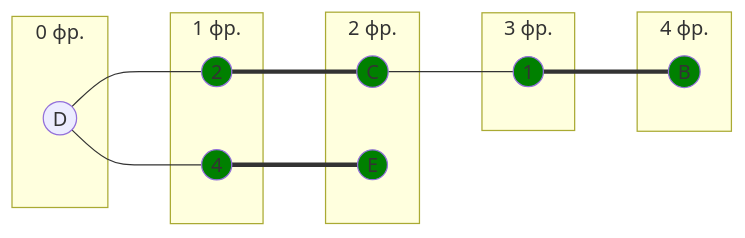
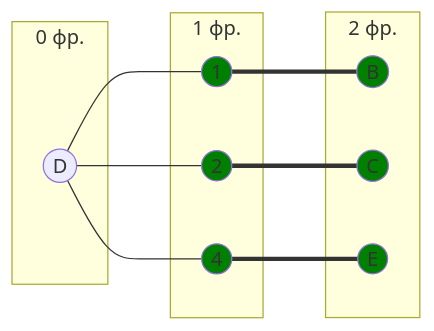
Before and after one commit to algos-ris-24-4/manual-tasks: the tenth of 15 diagrams in Задание 8/programturtles.md, drawn with Mermaid. The commit also changed other lines of this file, not shown here.

````diff
--- a/Задание 8/programturtles.md
+++ b/Задание 8/programturtles.md
@@ -400,30 +416,28 @@
 ```mermaid
 graph LR
     subgraph " 0 фр."
         D((D))
     end
     subgraph " 1 фр."
+        1((1))
         2((2))
         4((4))
     end
     subgraph " 2 фр."
+        B((B))
         C((C))
         E((E))
     end
-    subgraph " 3 фр."
-        1((1))
-    end
-    subgraph " 4 фр."
-        B((B))
-    end
-    D --- 2 === C --- 1 === B
+
+    D --- 1 === B
+    D --- 2 === C
     D --- 4 === E
 
 
     style E fill:#008000
     style B fill:#008000
     style 4 fill:#008000
     style 2 fill:#008000
     style 1 fill:#008000
     style C fill:#008000
 ```
````
